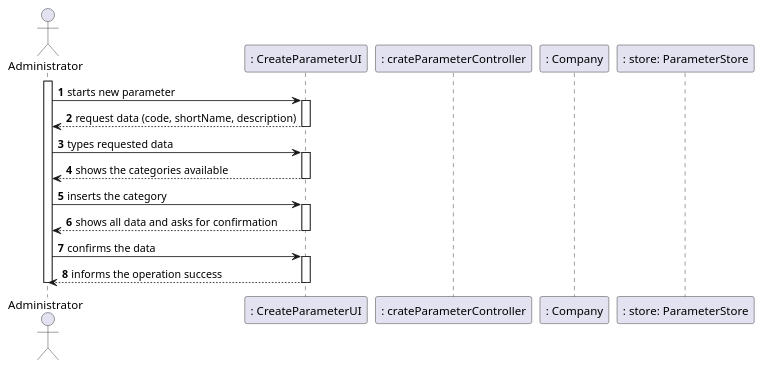
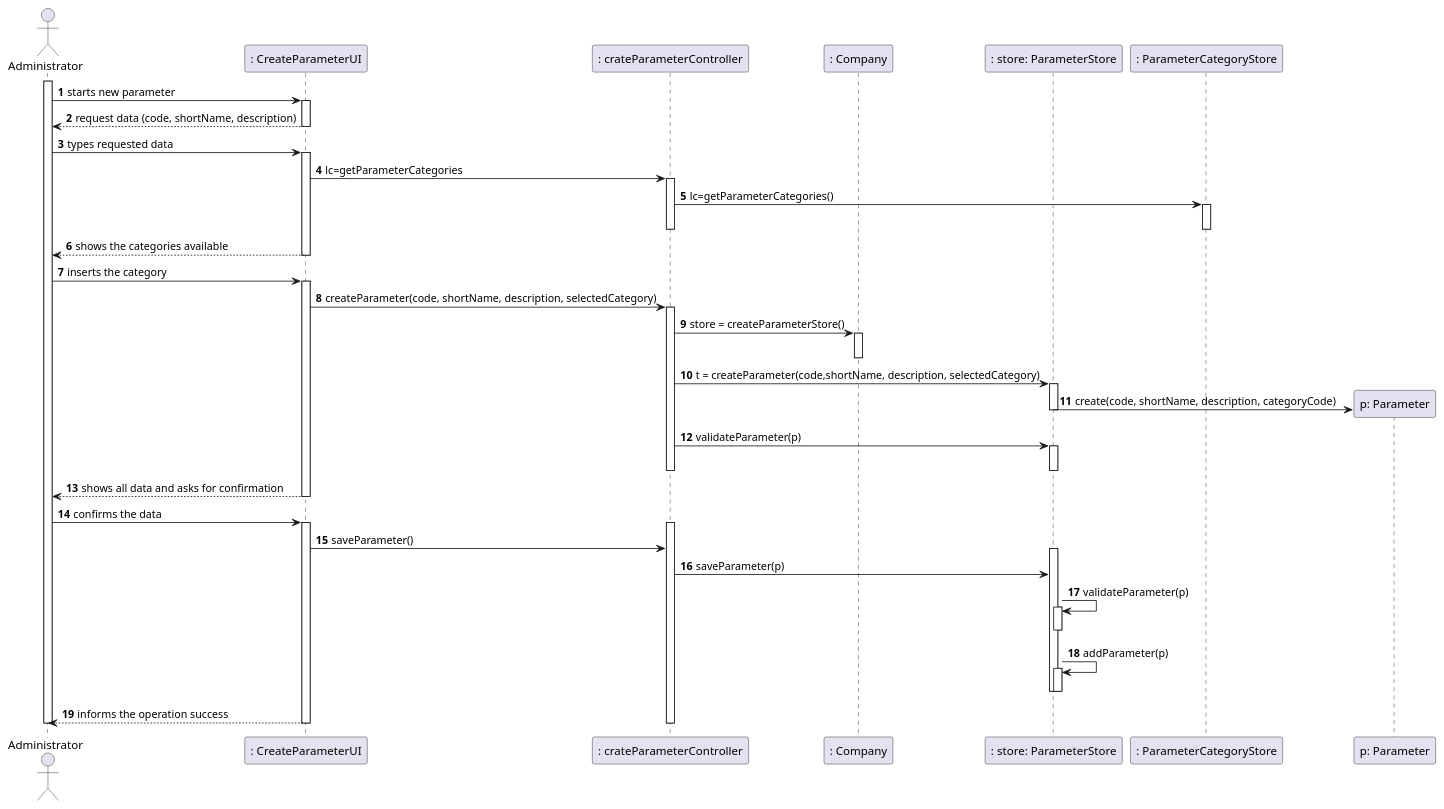
One commit to manu-07-ela/LAPR2_ISEP changed the diagram in docs/SprintB/US10/US10_SD.puml. Above: the diagram before and after it, drawn with PlantUML. The commit also changed 2 other files, not shown here.

```diff
--- a/docs/SprintB/US10/US10_SD.puml
+++ b/docs/SprintB/US10/US10_SD.puml
@@ -1,37 +1,69 @@
 @startuml
 'https://plantuml.com/sequence-diagram
 
 autonumber
 
 actor "Administrator" as Adm
 
 participant ": CreateParameterUI" as UI
 participant ": crateParameterController" as CTRL
 participant ": Company" as Comp
 participant ": store: ParameterStore" as str
+participant ": ParameterCategoryStore" as PC
+participant "p: Parameter" as PRMT
 
 activate Adm
+
 Adm -> UI: starts new parameter
 activate UI
-
 UI --> Adm : request data (code, shortName, description)
 deactivate UI
 Adm -> UI: types requested data
 activate UI
+UI -> CTRL : lc=getParameterCategories
+activate CTRL
+CTRL -> PC : lc=getParameterCategories()
+activate PC
+deactivate PC
+deactivate CTRL
 UI --> Adm : shows the categories available
 deactivate UI
+
 Adm -> UI: inserts the category
-
 activate UI
+UI -> CTRL : createParameter(code, shortName, description, selectedCategory)
+activate CTRL
+CTRL -> Comp : store = createParameterStore()
+activate Comp
+deactivate Comp
+CTRL -> str : t = createParameter(code,shortName, description, selectedCategory)
+activate str
+str -> PRMT** : create(code, shortName, description, categoryCode)
+deactivate str
+CTRL -> str : validateParameter(p)
+activate str
+deactivate str
+deactivate CTRL
 UI --> Adm : shows all data and asks for confirmation
 deactivate UI
 
 Adm -> UI: confirms the data
-
-
 activate UI
+activate CTRL
+UI -> CTRL : saveParameter()
+activate str
+CTRL -> str : saveParameter(p)
+str -> str : validateParameter(p)
+activate str
+deactivate str
+str ->str : addParameter(p)
+activate str
+deactivate str
+deactivate str
+deactivate str
 UI --> Adm : informs the operation success
+deactivate CTRL
 deactivate UI
 deactivate Adm
 
 @enduml
```
